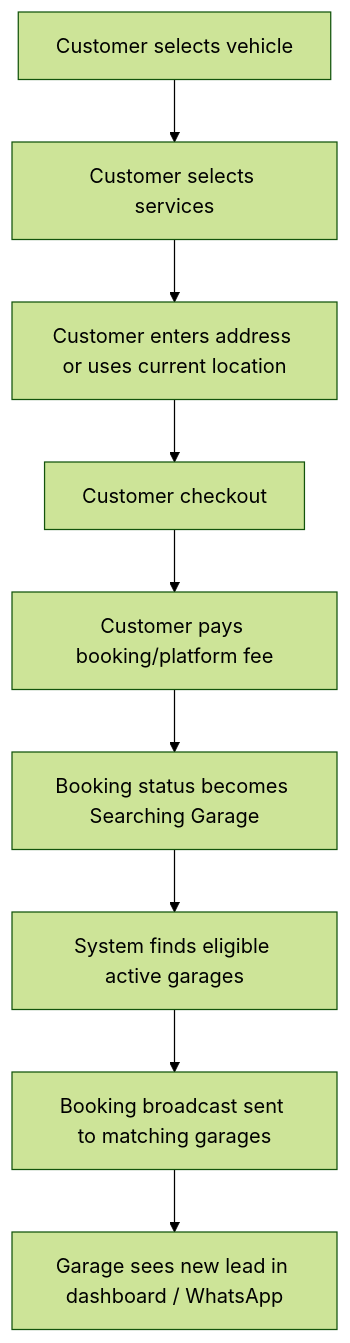
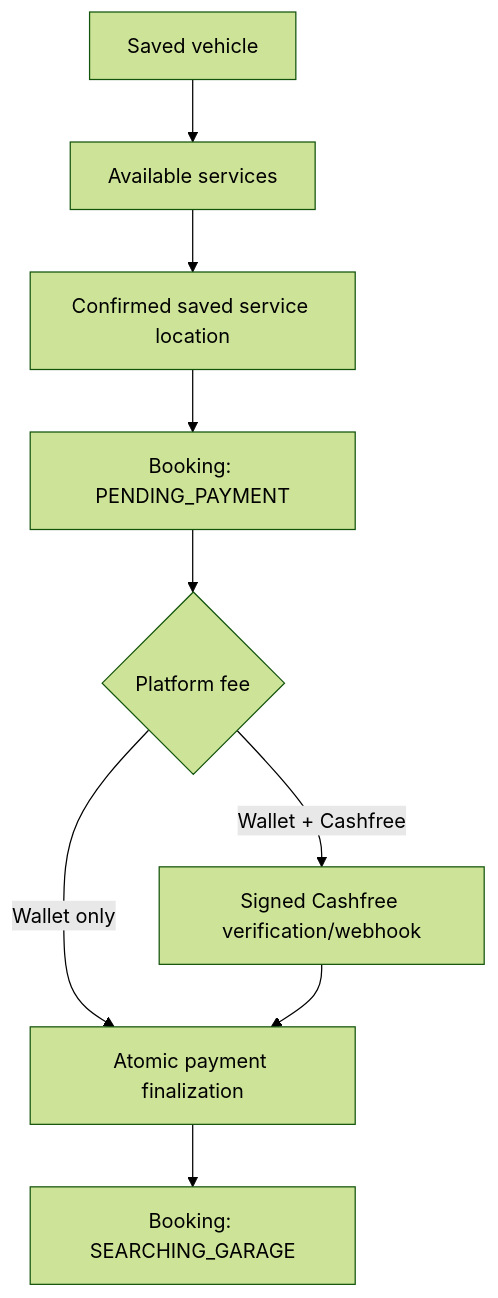
The second of 4 diagrams in garage-partner-flow.md (Aayush20253534/Garage-startup), drawn with Mermaid (forest theme) before and after one commit. The commit also changed other lines of this file and 14 other files, not shown here.

````diff
--- a/garage-partner-flow.md
+++ b/garage-partner-flow.md
@@ -58,11 +52,11 @@
 ```mermaid
 flowchart TD
-    A["Customer selects vehicle"] --> B["Customer selects services"]
-    B --> C["Customer enters address or uses current location"]
-    C --> D["Customer checkout"]
-    D --> E["Customer pays booking/platform fee"]
-    E --> F["Booking status becomes Searching Garage"]
-    F --> G["System finds eligible active garages"]
-    G --> H["Booking broadcast sent to matching garages"]
-    H --> I["Garage sees new lead in dashboard / WhatsApp"]
+    Vehicle["Saved vehicle"] --> Services["Available services"]
+    Services --> Location["Confirmed saved service location"]
+    Location --> Checkout["Booking: PENDING_PAYMENT"]
+    Checkout --> Payment{"Platform fee"}
+    Payment -->|"Wallet only"| Paid["Atomic payment finalization"]
+    Payment -->|"Wallet + Cashfree"| Cashfree["Signed Cashfree verification/webhook"]
+    Cashfree --> Paid
+    Paid --> Search["Booking: SEARCHING_GARAGE"]
 ```
````
